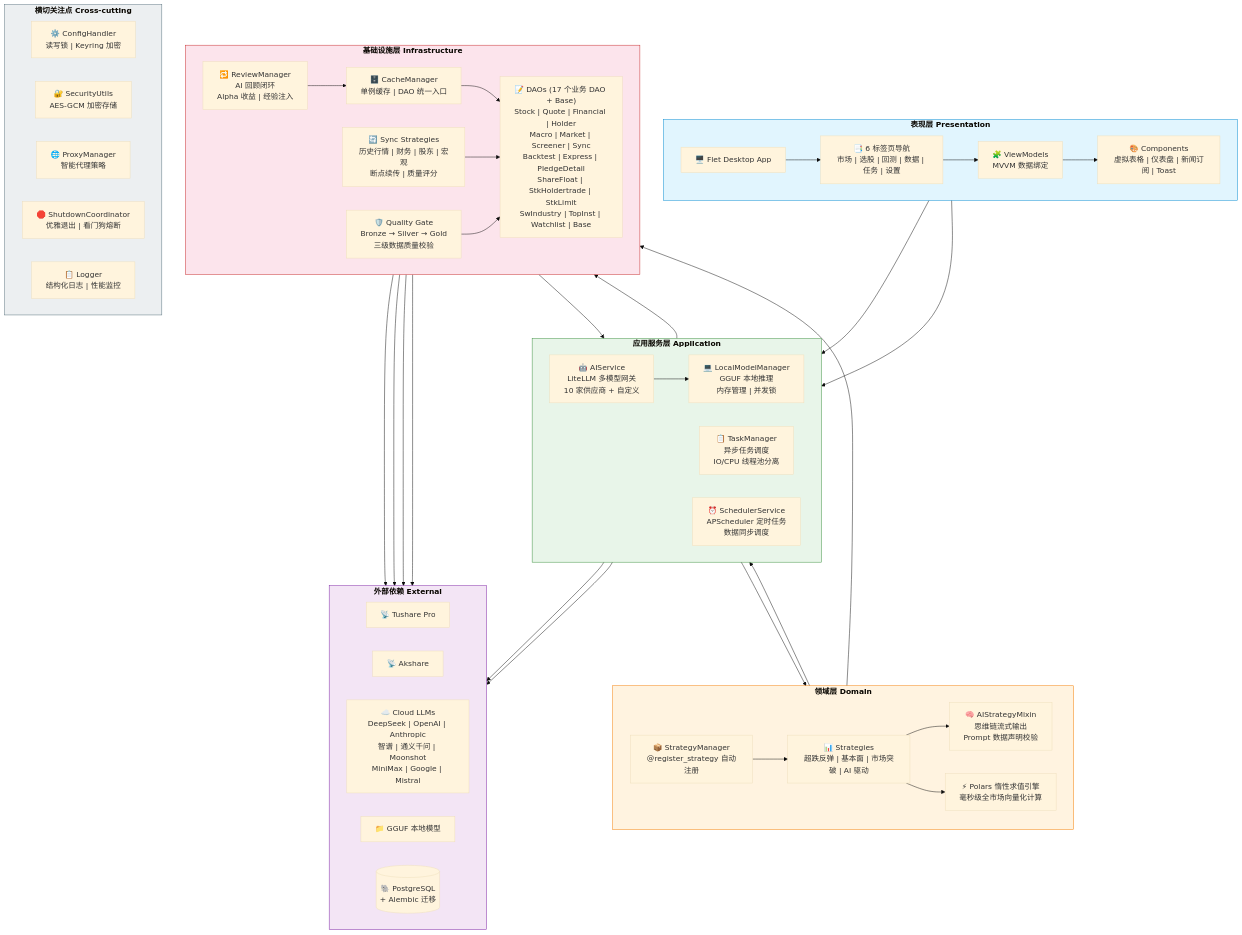
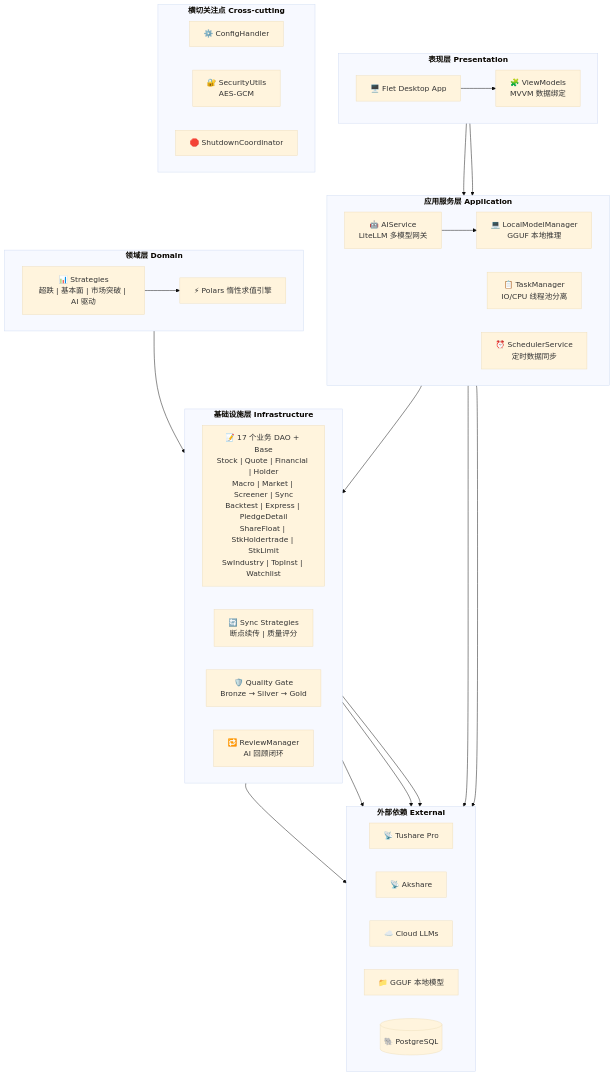
The diagram in README.md (shi00/qTrading), drawn with Mermaid (base theme) before and after one commit. The commit also changed other lines of this file and 1 other file, not shown here.

````diff
--- a/README.md
+++ b/README.md
@@ -339,81 +88,59 @@
 ```mermaid
 graph TB
     subgraph PRESENTATION["<b>表现层 Presentation</b>"]
         direction LR
         APP["🖥️ Flet Desktop App"]
-        TABS["📑 6 标签页导航<br/>市场 | 选股 | 回测 | 数据 | 任务 | 设置"]
         VM["🧩 ViewModels<br/>MVVM 数据绑定"]
-        COMP["🎨 Components<br/>虚拟表格 | 仪表盘 | 新闻订阅 | Toast"]
-        APP --> TABS --> VM --> COMP
+        APP --> VM
     end
 
     subgraph APPLICATION["<b>应用服务层 Application</b>"]
         direction LR
-        AI["🤖 AIService<br/>LiteLLM 多模型网关<br/>10 家供应商 + 自定义"]
-        TASK["📋 TaskManager<br/>异步任务调度<br/>IO/CPU 线程池分离"]
-        LOCAL["💻 LocalModelManager<br/>GGUF 本地推理<br/>内存管理 | 并发锁"]
-        SCHED["⏰ SchedulerService<br/>APScheduler 定时任务<br/>数据同步调度"]
+        AI["🤖 AIService<br/>LiteLLM 多模型网关"]
+        TASK["📋 TaskManager<br/>IO/CPU 线程池分离"]
+        LOCAL["💻 LocalModelManager<br/>GGUF 本地推理"]
+        SCHED["⏰ SchedulerService<br/>定时数据同步"]
     end
 
     subgraph DOMAIN["<b>领域层 Domain</b>"]
         direction LR
-        REG["📦 StrategyManager<br/>@register_strategy 自动注册"]
-        STG["📊 Strategies<br/>超跌反弹 | 基本面 | 市场突破 | AI 驱动"]
-        MIX["🧠 AIStrategyMixin<br/>思维链流式输出<br/>Prompt 数据声明校验"]
-        POLARS["⚡ Polars 惰性求值引擎<br/>毫秒级全市场向量化计算"]
-        REG --> STG --> MIX
+        STG["📊 Strategies<br/>超跌 | 基本面 | 市场突破 | AI 驱动"]
+        POLARS["⚡ Polars 惰性求值引擎"]
         STG --> POLARS
     end
 
     subgraph INFRA["<b>基础设施层 Infrastructure</b>"]
         direction LR
-        CACHE["🗄️ CacheManager<br/>单例缓存 | DAO 统一入口"]
-        DAOS["📝 DAOs (17 个业务 DAO + Base)<br/>Stock | Quote | Financial | Holder<br/>Macro | Market | Screener | Sync<br/>Backtest | Express | PledgeDetail<br/>ShareFloat | StkHoldertrade | StkLimit<br/>SwIndustry | TopInst | Watchlist | Base"]
-        SYNC["🔄 Sync Strategies<br/>历史行情 | 财务 | 股东 | 宏观<br/>断点续传 | 质量评分"]
-        QUALITY["🛡️ Quality Gate<br/>Bronze → Silver → Gold<br/>三级数据质量校验"]
-        REVIEW["🔁 ReviewManager<br/>AI 回顾闭环<br/>Alpha 收益 | 经验注入"]
-        CACHE --> DAOS
-        SYNC --> DAOS
-        QUALITY --> DAOS
-        REVIEW --> CACHE
+        DAOS["📝 17 个业务 DAO + Base<br/>Stock | Quote | Financial | Holder<br/>Macro | Market | Screener | Sync<br/>Backtest | Express | PledgeDetail<br/>ShareFloat | StkHoldertrade | StkLimit<br/>SwIndustry | TopInst | Watchlist"]
+        SYNC["🔄 Sync Strategies<br/>断点续传 | 质量评分"]
+        QUALITY["🛡️ Quality Gate<br/>Bronze → Silver → Gold"]
+        REVIEW["🔁 ReviewManager<br/>AI 回顾闭环"]
     end
 
     subgraph EXTERNAL["<b>外部依赖 External</b>"]
         direction LR
         TUSHARE["📡 Tushare Pro"]
         AKSHARE["📡 Akshare"]
-        CLOUD_LLM["☁️ Cloud LLMs<br/>DeepSeek | OpenAI | Anthropic<br/>智谱 | 通义千问 | Moonshot<br/>MiniMax | Google | Mistral"]
+        CLOUD_LLM["☁️ Cloud LLMs"]
         GGUF["📁 GGUF 本地模型"]
-        PG[("🐘 PostgreSQL<br/>+ Alembic 迁移")]
+        PG[("🐘 PostgreSQL")]
     end
 
     subgraph CROSS["<b>横切关注点 Cross-cutting</b>"]
         direction LR
-        CONFIG["⚙️ ConfigHandler<br/>读写锁 | Keyring 加密"]
-        SECURITY["🔐 SecurityUtils<br/>AES-GCM 加密存储"]
-        PROXY["🌐 ProxyManager<br/>智能代理策略"]
-        SHUTDOWN["🛑 ShutdownCoordinator<br/>优雅退出 | 看门狗熔断"]
-        LOG["📋 Logger<br/>结构化日志 | 性能监控"]
+        CONFIG["⚙️ ConfigHandler"]
+        SECURITY["🔐 SecurityUtils<br/>AES-GCM"]
+        SHUTDOWN["🛑 ShutdownCoordinator"]
     end
 
     VM --> AI
     VM --> TASK
-    TASK --> STG
-    MIX --> AI
     AI --> CLOUD_LLM
     AI --> LOCAL --> GGUF
-    STG --> CACHE
+    STG --> DAOS
     DAOS --> PG
     SYNC --> TUSHARE
     SYNC --> AKSHARE
     SCHED --> SYNC
-    REVIEW --> AI
     REVIEW --> PG
-
-    style PRESENTATION fill:#e1f5fe,stroke:#0288d1
-    style APPLICATION fill:#e8f5e9,stroke:#388e3c
-    style DOMAIN fill:#fff3e0,stroke:#f57c00
-    style INFRA fill:#fce4ec,stroke:#c62828
-    style EXTERNAL fill:#f3e5f5,stroke:#7b1fa2
-    style CROSS fill:#eceff1,stroke:#546e7a
 ```
````
